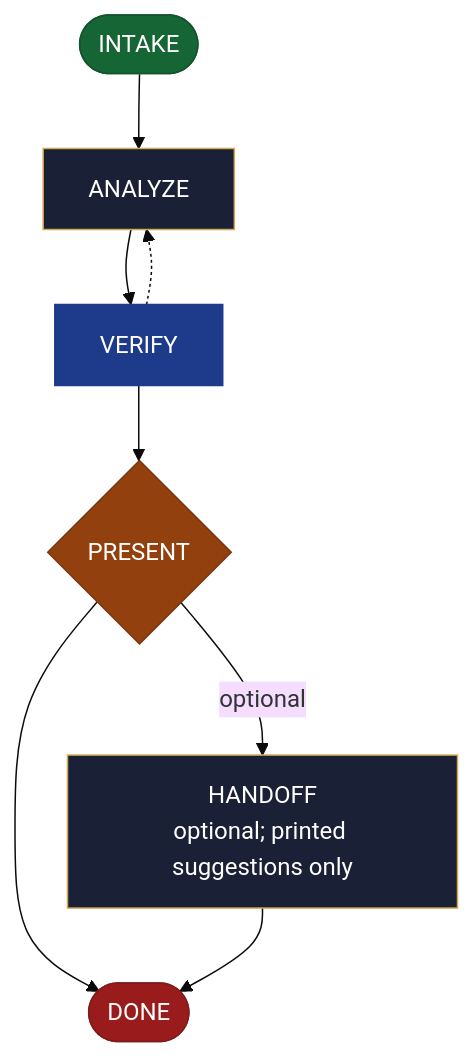
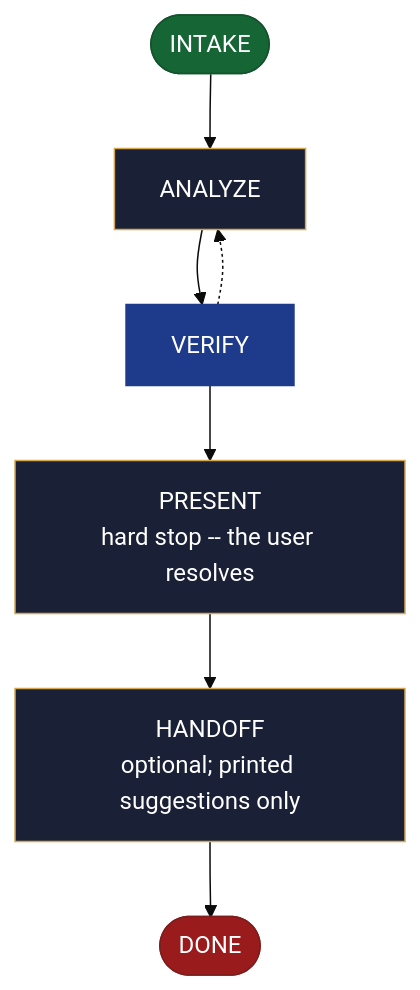
The diagram in site/src/content/docs/skills/aid-report.md (AndreVianna/aid-methodology), drawn with Mermaid (base theme) before and after one commit. The commit also changed other lines of this file and 49 other files, not shown here.

````diff
--- a/site/src/content/docs/skills/aid-report.md
+++ b/site/src/content/docs/skills/aid-report.md
@@ -20,34 +20,33 @@
 ```mermaid
 flowchart TB
   classDef aidNode color:#fff
   classDef aidEntry fill:#166534,stroke:#14532d,color:#fff
   classDef aidExit fill:#991b1b,stroke:#7f1d1d,color:#fff
   classDef aidDecision fill:#92400e,stroke:#78350f,color:#fff
   classDef aidLoopBack fill:#1e3a8a,stroke:#1e3a8a,color:#fff
   classDef aidStep fill:#1a2035,stroke:#d4a853,color:#f1f5f9
   n1(["INTAKE"])
   n2["ANALYZE"]
   n3["VERIFY"]
-  n4{"PRESENT"}
+  n4["PRESENT<br/>hard stop -- the user resolves"]
   n5["HANDOFF<br/>optional; printed suggestions only"]
   n6(["DONE"])
   n1 --> n2
   n2 --> n3
   n3 -.-> n2
   n3 --> n4
-  n4 -->|"optional"| n5
-  n4 --> n6
+  n4 --> n5
   n5 --> n6
   class n1 aidEntry
   class n2 aidStep
   class n3 aidLoopBack
-  class n4 aidDecision
+  class n4 aidStep
   class n5 aidStep
   class n6 aidExit
   class n1 aidNode
   class n2 aidNode
   class n3 aidNode
   class n4 aidNode
   class n5 aidNode
   class n6 aidNode
 ```
````
